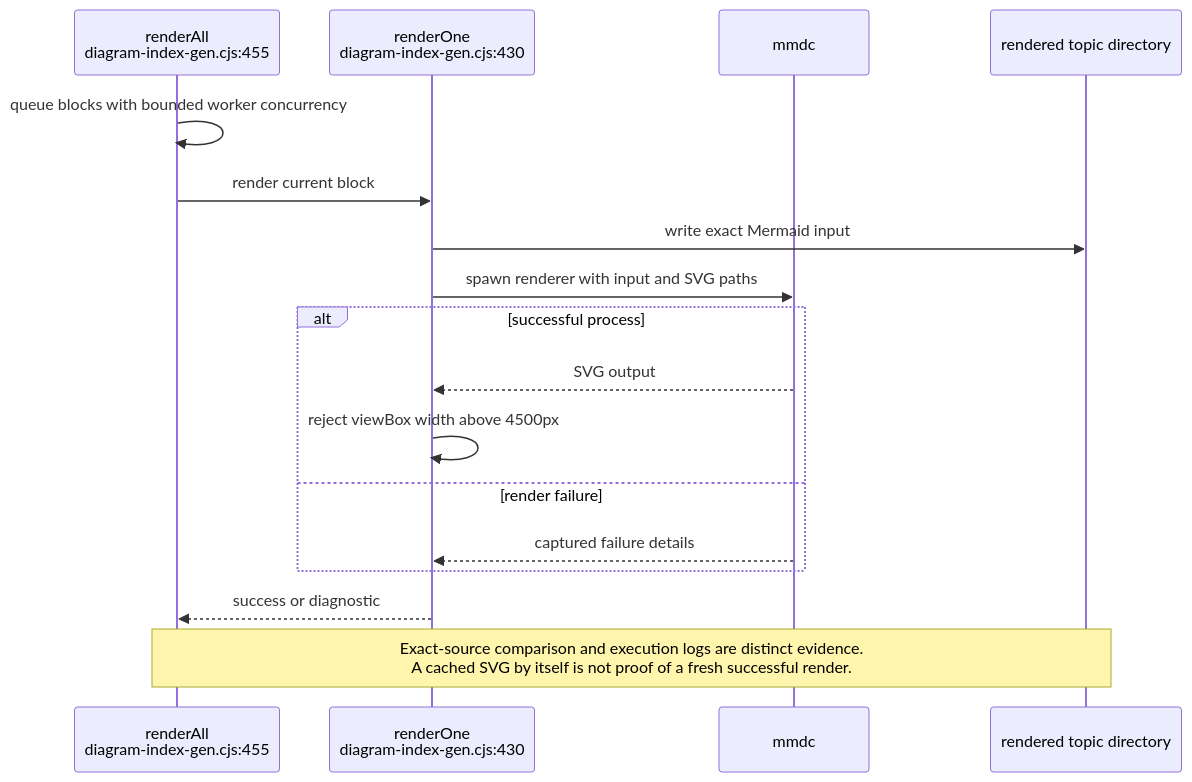
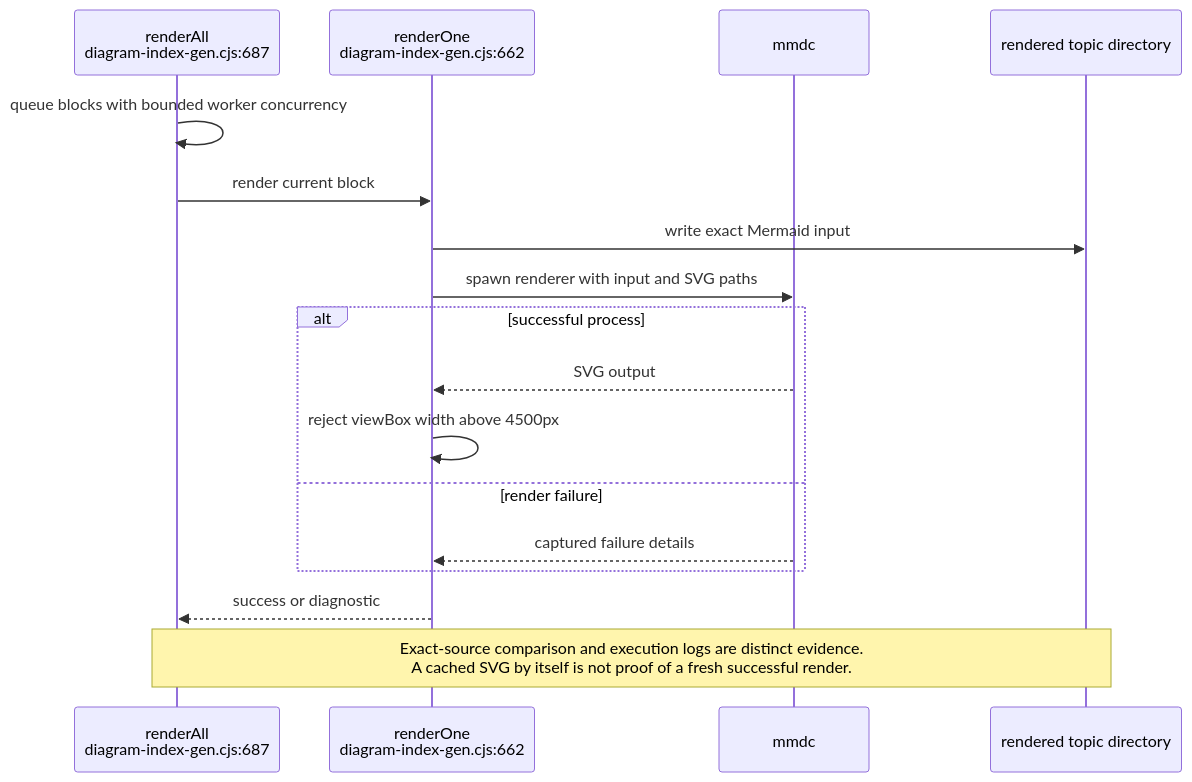
One commit to DreamLab-AI/VisionFlow changed diagram 11 of 14 in docs/diagrams/visionflow/06-diagram-tooling.md. Above: the diagram before and after it, drawn with Mermaid. The commit also changed other lines of this file and 136 other files, not shown here.

First line of the commit message:
docs(diagrams): refresh the whole corpus to code HEAD and prune low-value diagrams

````diff
--- a/docs/diagrams/visionflow/06-diagram-tooling.md
+++ b/docs/diagrams/visionflow/06-diagram-tooling.md
@@ -339,19 +355,19 @@
 ```mermaid
 sequenceDiagram
-    participant G as renderAll<br/>diagram-index-gen.cjs:455
-    participant R as renderOne<br/>diagram-index-gen.cjs:430
+    participant G as renderAll<br/>diagram-index-gen.cjs:687
+    participant R as renderOne<br/>diagram-index-gen.cjs:662
     participant M as mmdc
     participant O as rendered topic directory
     G->>G: queue blocks with bounded worker concurrency
     G->>R: render current block
     R->>O: write exact Mermaid input
     R->>M: spawn renderer with input and SVG paths
     alt successful process
         M-->>R: SVG output
         R->>R: reject viewBox width above 4500px
     else render failure
         M-->>R: captured failure details
     end
     R-->>G: success or diagnostic
     Note over G,O: Exact-source comparison and execution logs are distinct evidence.<br/>A cached SVG by itself is not proof of a fresh successful render.
 ```
````
